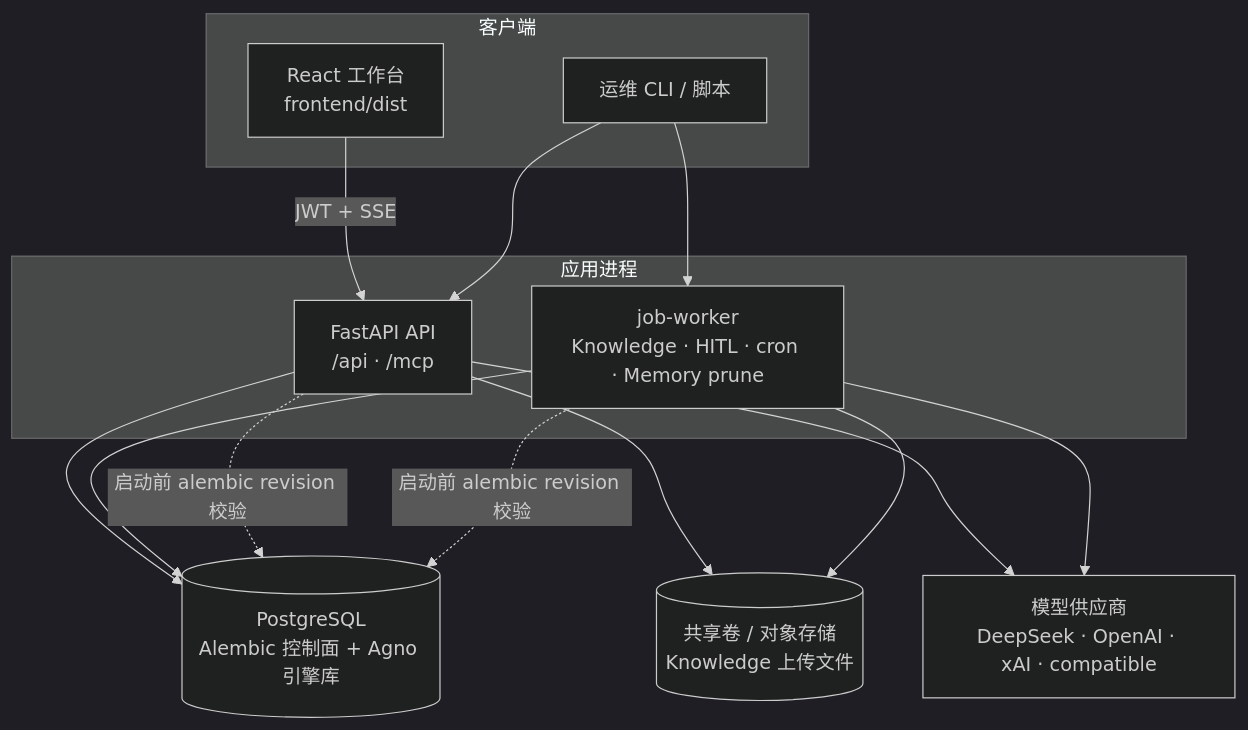
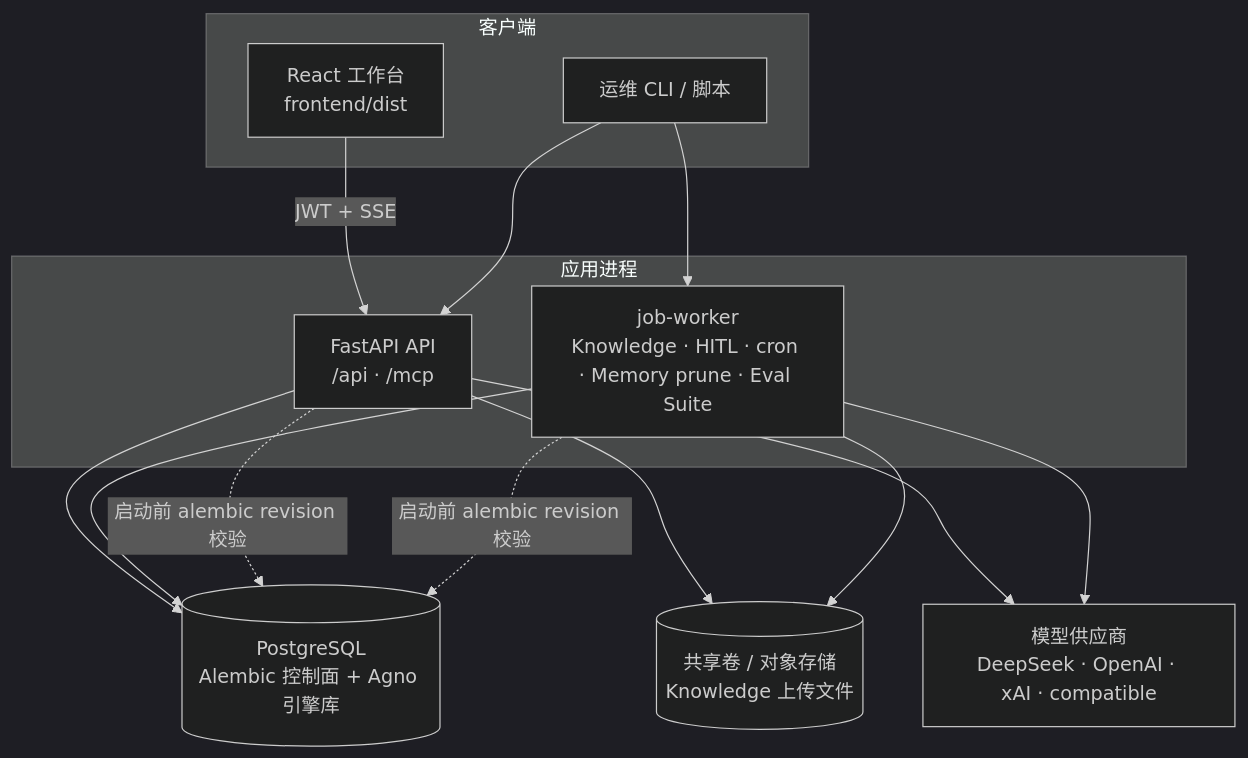
One commit to Kenny3Shen/Agno-AIOS changed the diagram in docs/operations.md. Above: the diagram before and after it, drawn with Mermaid (dark theme). The commit also changed other lines of this file and 97 other files, not shown here.

````diff
--- a/docs/operations.md
+++ b/docs/operations.md
@@ -7,28 +7,28 @@
 ```mermaid
 flowchart TB
     subgraph Clients["客户端"]
         FE["React 工作台<br/>frontend/dist"]
         Ops["运维 CLI / 脚本"]
     end
 
     subgraph Process["应用进程"]
         API["FastAPI API<br/>/api · /mcp"]
-        Worker["job-worker<br/>Knowledge · HITL · cron · Memory prune"]
+        Worker["job-worker<br/>Knowledge · HITL · cron · Memory prune · Eval Suite"]
     end
 
     PG[("PostgreSQL<br/>Alembic 控制面 + Agno 引擎库")]
     PV[("共享卷 / 对象存储<br/>Knowledge 上传文件")]
     Models["模型供应商<br/>DeepSeek · OpenAI · xAI · compatible"]
 
     FE -->|"JWT + SSE"| API
     Ops --> API
     Ops --> Worker
     API --> PG
     Worker --> PG
     API --> PV
     Worker --> PV
     API --> Models
     Worker --> Models
     API -.->|"启动前 alembic revision 校验"| PG
     Worker -.->|"启动前 alembic revision 校验"| PG
 ```
````
